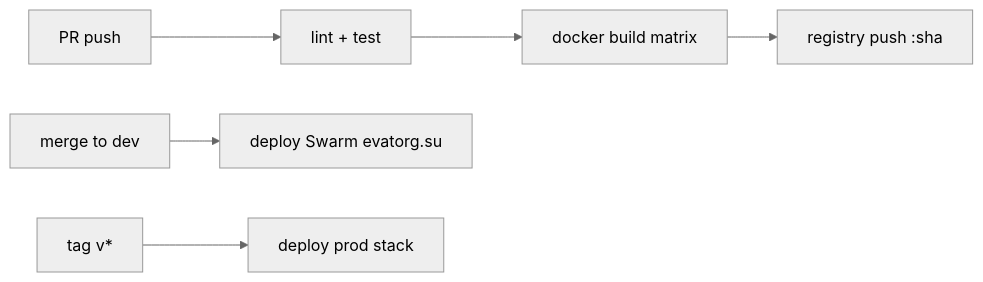
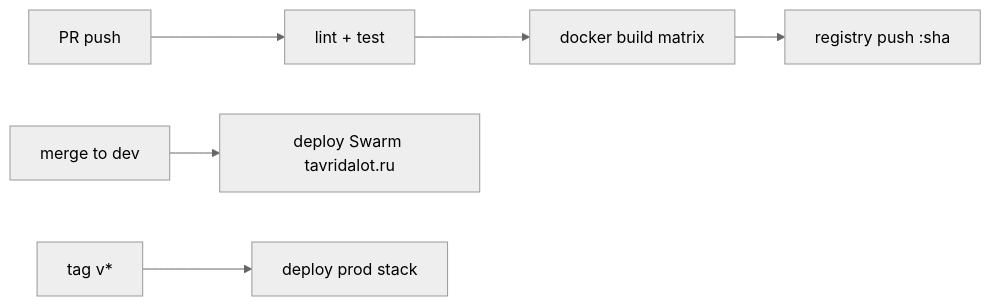
The diagram in docs/04-deployment/README.md (andrewb76/tavrida), drawn with Mermaid (neutral theme) before and after one commit. The commit also changed other lines of this file and 587 other files, not shown here.

First line of the commit message:
chore: replace evatorg.su → tavridalot.ru across codebase

````diff
--- a/docs/04-deployment/README.md
+++ b/docs/04-deployment/README.md
@@ -47,8 +47,8 @@
 ```mermaid
 flowchart LR
     PR[PR push] --> Lint[lint + test]
     Lint --> Build[docker build matrix]
     Build --> Push[registry push :sha]
-    Merge[merge to dev] --> DeployDev[deploy Swarm evatorg.su]
+    Merge[merge to dev] --> DeployDev[deploy Swarm tavridalot.ru]
     Tag[tag v*] --> DeployProd[deploy prod stack]
 ```
````
